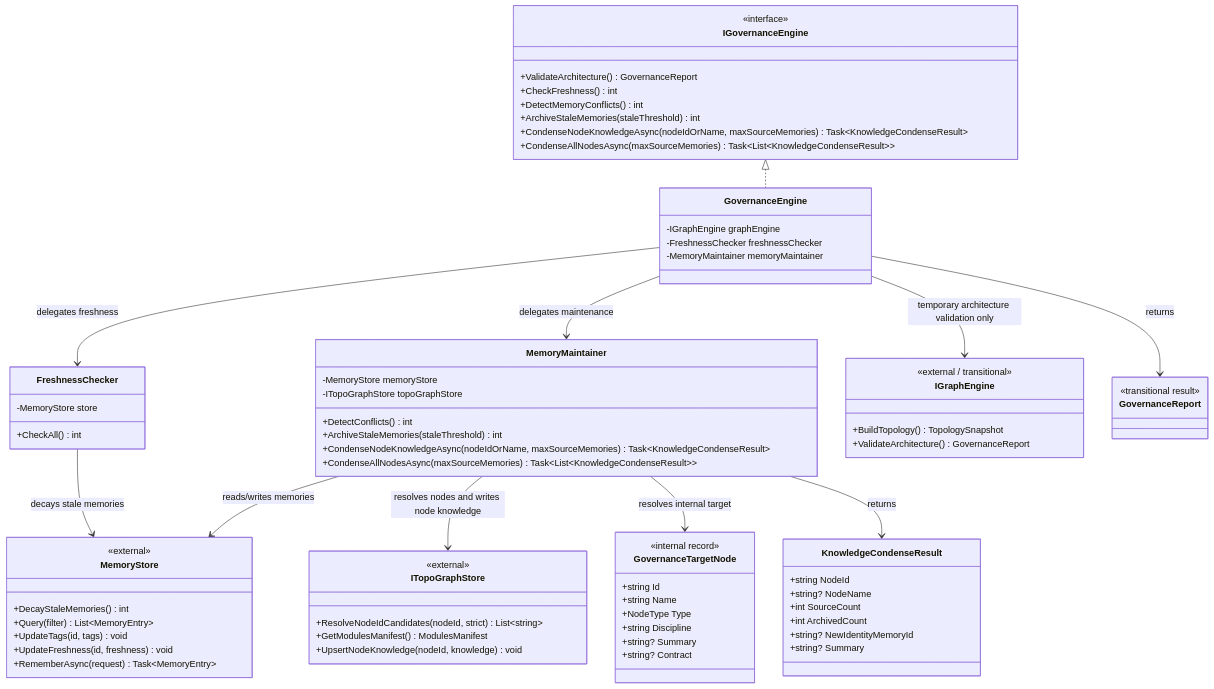
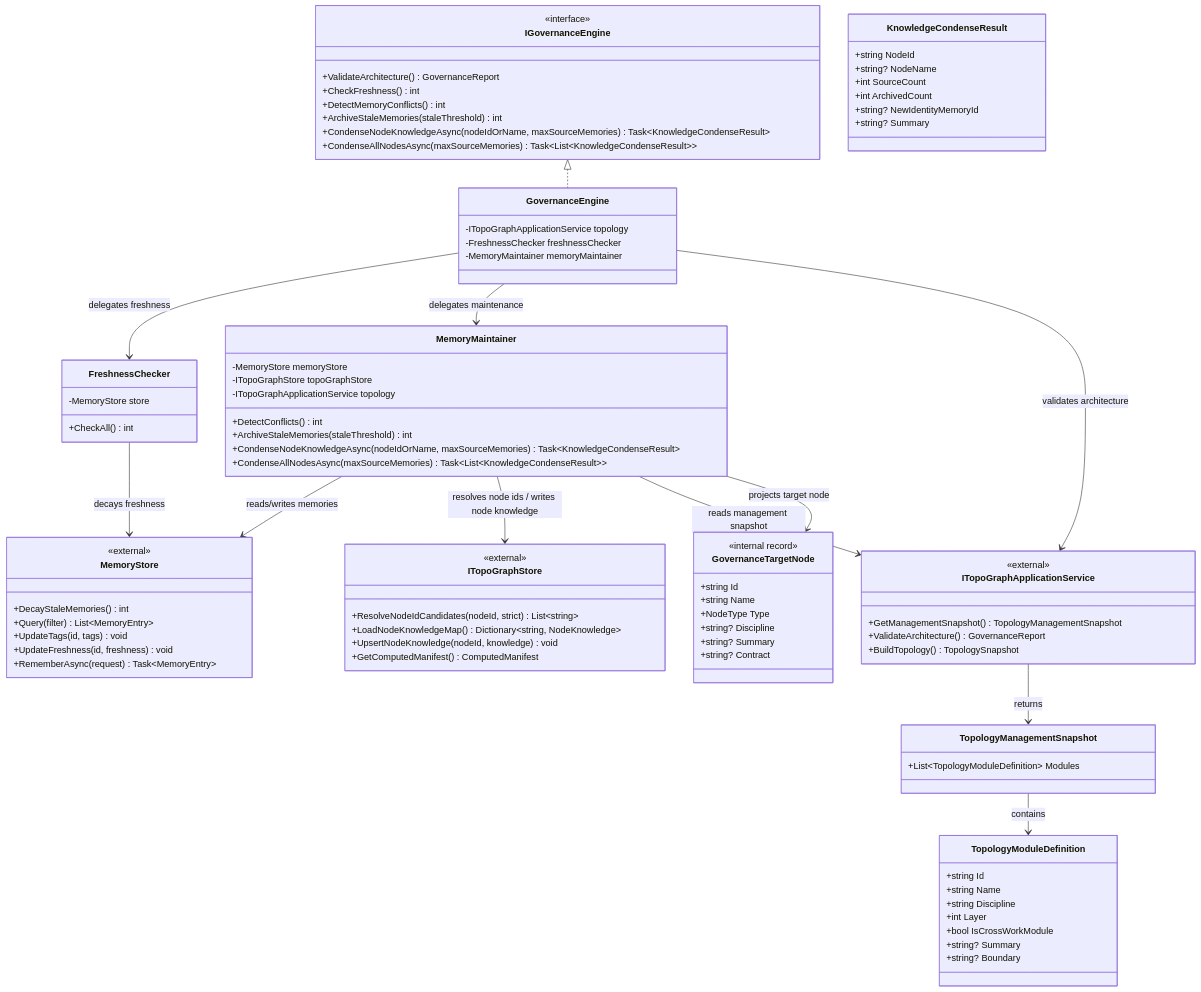
One commit to nan023062/project-dna changed the diagram in src/Dna.Knowledge/Governance/CLASS-DIAGRAM.md. Above: the diagram before and after it, drawn with Mermaid. The commit also changed other lines of this file and 55 other files, not shown here.

Commit message:
refactor: remove legacy topo runtime and align memory flow

````diff
--- a/src/Dna.Knowledge/Governance/CLASS-DIAGRAM.md
+++ b/src/Dna.Knowledge/Governance/CLASS-DIAGRAM.md
@@ -44,7 +21,7 @@
     }
 
     class GovernanceEngine {
-        -IGraphEngine graphEngine
+        -ITopoGraphApplicationService topology
         -FreshnessChecker freshnessChecker
         -MemoryMaintainer memoryMaintainer
     }
@@ -57,6 +34,7 @@
     class MemoryMaintainer {
         -MemoryStore memoryStore
         -ITopoGraphStore topoGraphStore
+        -ITopoGraphApplicationService topology
         +DetectConflicts() int
         +ArchiveStaleMemories(staleThreshold) int
         +CondenseNodeKnowledgeAsync(nodeIdOrName, maxSourceMemories) Task~KnowledgeCondenseResult~
@@ -68,9 +46,23 @@
         +string Id
         +string Name
         +NodeType Type
-        +string Discipline
+        +string? Discipline
         +string? Summary
         +string? Contract
+    }
+
+    class TopologyManagementSnapshot {
+        +List~TopologyModuleDefinition~ Modules
+    }
+
+    class TopologyModuleDefinition {
+        +string Id
+        +string Name
+        +string Discipline
+        +int Layer
+        +bool IsCrossWorkModule
+        +string? Summary
+        +string? Boundary
     }
 
     class KnowledgeCondenseResult {
@@ -94,32 +86,30 @@
     class ITopoGraphStore {
         <<external>>
         +ResolveNodeIdCandidates(nodeId, strict) List~string~
-        +GetModulesManifest() ModulesManifest
+        +LoadNodeKnowledgeMap() Dictionary~string, NodeKnowledge~
         +UpsertNodeKnowledge(nodeId, knowledge) void
+        +GetComputedManifest() ComputedManifest
     }
 
-    class IGraphEngine {
-        <<external / transitional>>
+    class ITopoGraphApplicationService {
+        <<external>>
+        +GetManagementSnapshot() TopologyManagementSnapshot
+        +ValidateArchitecture() GovernanceReport
         +BuildTopology() TopologySnapshot
-        +ValidateArchitecture() GovernanceReport
-    }
-
-    class GovernanceReport {
-        <<transitional result>>
     }
 
     IGovernanceEngine <|.. GovernanceEngine
 
     GovernanceEngine --> FreshnessChecker : delegates freshness
     GovernanceEngine --> MemoryMaintainer : delegates maintenance
-    GovernanceEngine --> IGraphEngine : temporary architecture validation only
+    GovernanceEngine --> ITopoGraphApplicationService : validates architecture
 
-    FreshnessChecker --> MemoryStore : decays stale memories
+    FreshnessChecker --> MemoryStore : decays freshness
 
     MemoryMaintainer --> MemoryStore : reads/writes memories
-    MemoryMaintainer --> ITopoGraphStore : resolves nodes and writes node knowledge
-    MemoryMaintainer --> GovernanceTargetNode : resolves internal target
-    MemoryMaintainer --> KnowledgeCondenseResult : returns
-
-    GovernanceEngine --> GovernanceReport : returns
+    MemoryMaintainer --> ITopoGraphStore : resolves node ids / writes node knowledge
+    MemoryMaintainer --> ITopoGraphApplicationService : reads management snapshot
+    MemoryMaintainer --> GovernanceTargetNode : projects target node
+    ITopoGraphApplicationService --> TopologyManagementSnapshot : returns
+    TopologyManagementSnapshot --> TopologyModuleDefinition : contains
 ```
````
